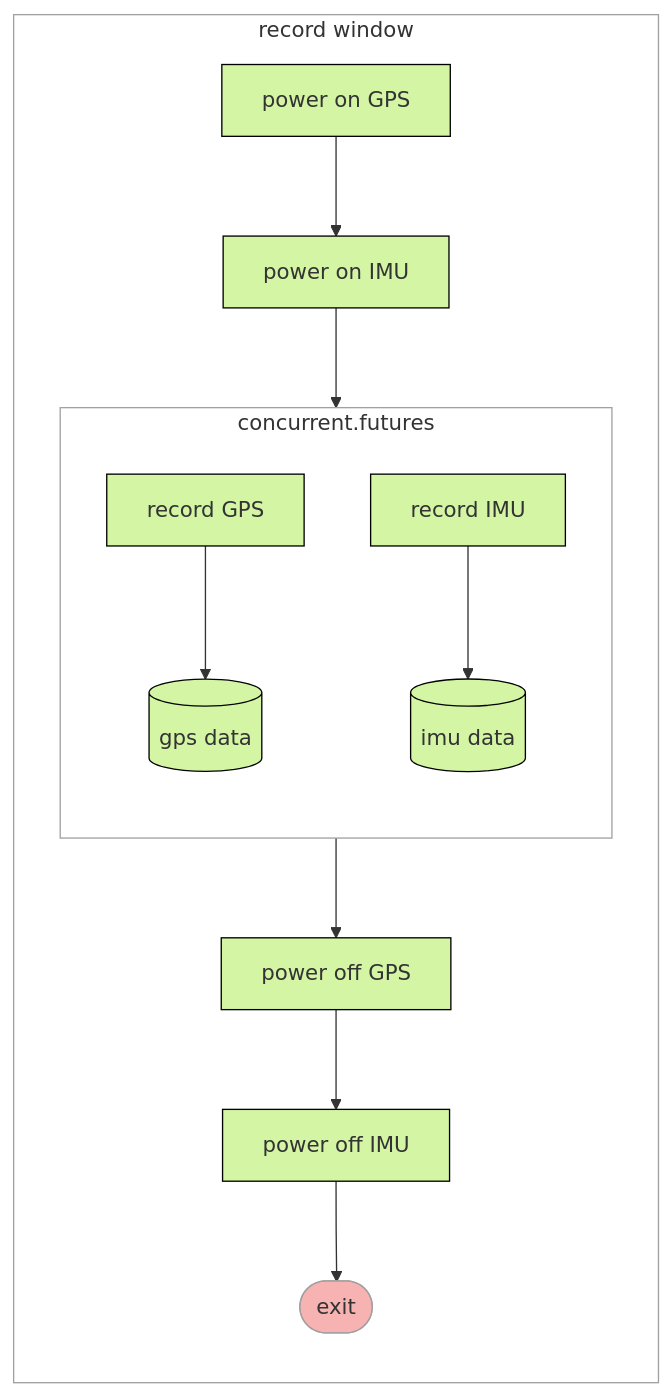
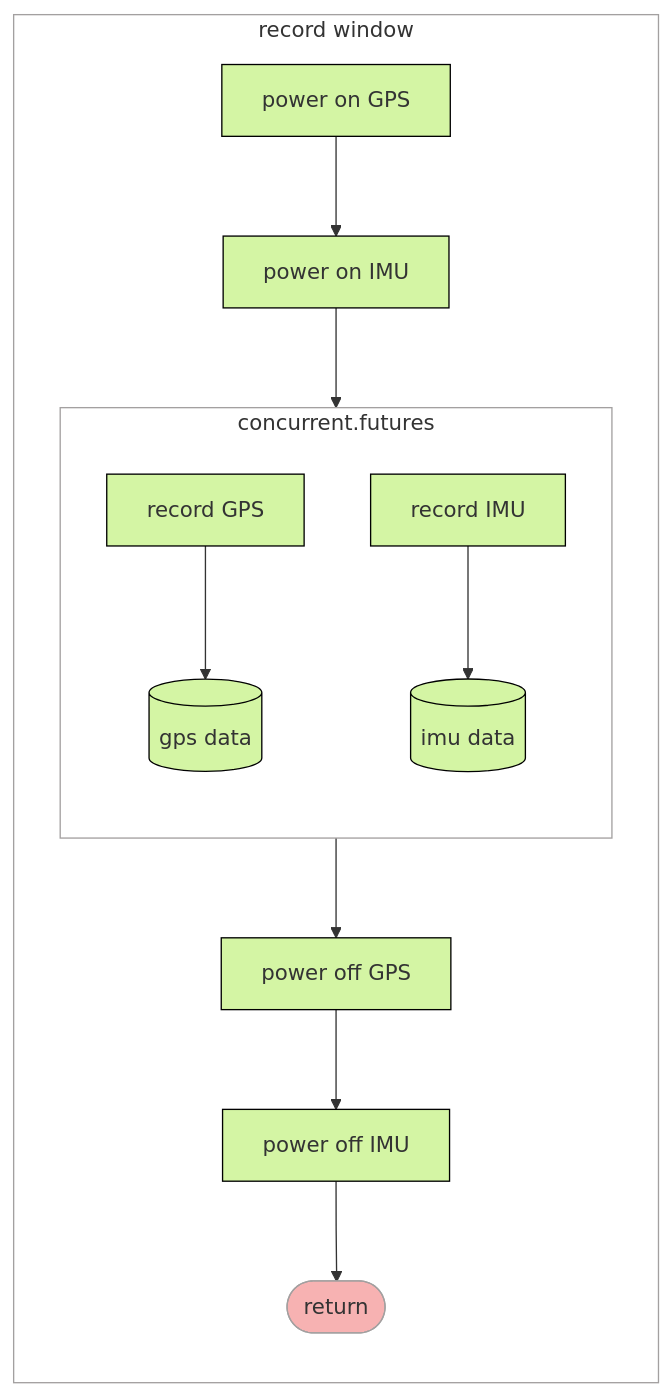
Before and after one commit to SASlabgroup/microSWIFT: the third of 5 diagrams in doc/Design.md, drawn with Mermaid. The commit also changed other lines of this file, not shown here.

Commit message:
changes exit to return

````diff
--- a/doc/Design.md
+++ b/doc/Design.md
@@ -104,22 +104,22 @@
 ```mermaid
 flowchart TB
     subgraph record_window["record window"]
         direction TB
         gps_on["power on GPS"] --> imu_on["power on IMU"] --> futures
         subgraph futures["concurrent.futures"]
             direction TB
             record_gps["record GPS"]-->gps_data[(gps data)]
             record_imu["record IMU"]-->imu_data[(imu data)]
         end
-        futures --> gps_off["power off GPS"] --> imu_off["power off IMU"] --> exit([exit])
+        futures --> gps_off["power off GPS"] --> imu_off["power off IMU"] --> return([return])
     end
 
     classDef green fill:#d4f5a4,stroke:#000000,stroke-width:1px
     classDef grey fill:#FFFFFF,stroke:#a3a0a0, stroke-width:1px
     classDef red fill:#f7b2b2, stroke:#a3a0a0, stroke-width:1px
 
     class gps_on,imu_on,record_gps,record_imu,gps_data,imu_data,gps_off,imu_off green
     class record_window,futures grey
-    class exit, red
+    class return, red
 
 ```
````
